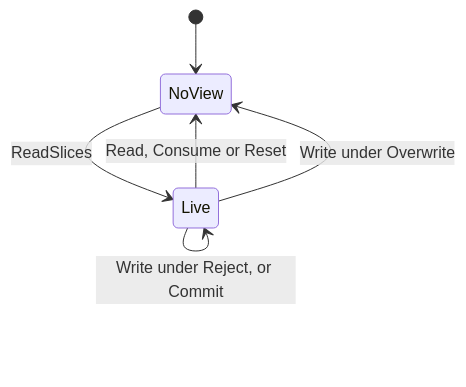
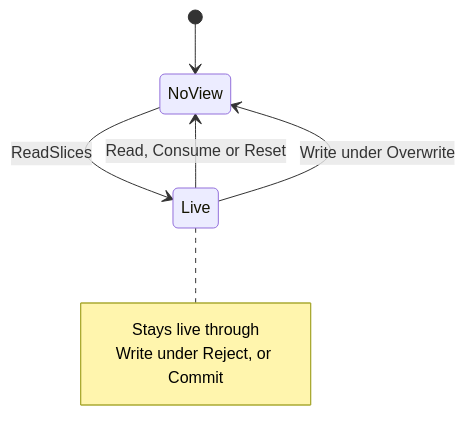
One commit to danieldonoghue/govoip-dsp changed the sixth of 6 diagrams in docs/guide.md. Above: the diagram before and after it, drawn with Mermaid. The commit also changed other lines of this file, not shown here.

First line of the commit message:
docs: draw the in-use calls as notes in the two state diagrams

````diff
--- a/docs/guide.md
+++ b/docs/guide.md
@@ -586,8 +589,11 @@
 ```mermaid
 stateDiagram-v2
   [*] --> NoView
   NoView --> Live: ReadSlices
-  Live --> Live: Write under Reject, or Commit
   Live --> NoView: Read, Consume or Reset
   Live --> NoView: Write under Overwrite
+  note right of Live
+    Stays live through
+    Write under Reject, or Commit
+  end note
 ```
````
